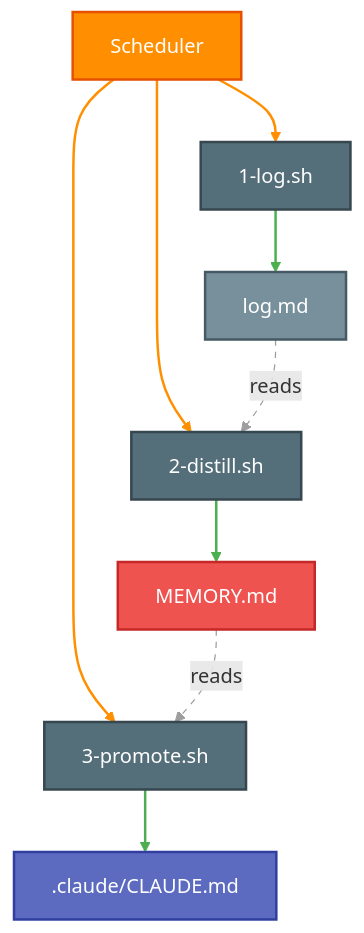
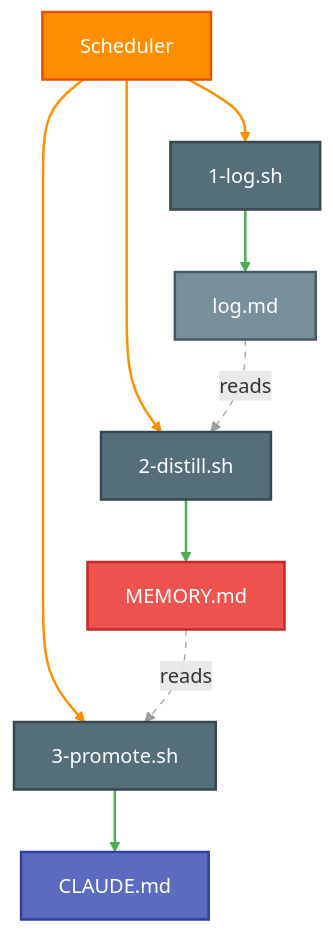
Before and after one commit to jameswniu/claude-os: the third of 3 diagrams in README.md, drawn with Mermaid. The commit also changed other lines of this file, not shown here.

Commit message:
Shrink Phase 2/3 and Automation diagrams: drop edge labels, shorter node names

````diff
--- a/README.md
+++ b/README.md
@@ -55,27 +55,27 @@
 ```mermaid
 flowchart TD
     C["Scheduler"]
 
     C --> L1["1-log.sh"]
     C --> L2["2-distill.sh"]
     C --> L3["3-promote.sh"]
 
     L1 --> LOG["log.md"]
     L2 --> MEM["MEMORY.md"]
-    L3 --> RUL[".claude/CLAUDE.md"]
+    L3 --> RUL["CLAUDE.md"]
 
     LOG -. reads .-> L2
     MEM -. reads .-> L3
 
     style C fill:#FF8F00,color:#fff,stroke:#E65100,stroke-width:2px
     style L1 fill:#546E7A,color:#fff,stroke:#37474F,stroke-width:2px
     style L2 fill:#546E7A,color:#fff,stroke:#37474F,stroke-width:2px
     style L3 fill:#546E7A,color:#fff,stroke:#37474F,stroke-width:2px
     style LOG fill:#78909C,color:#fff,stroke:#455A64,stroke-width:2px
     style MEM fill:#EF5350,color:#fff,stroke:#C62828,stroke-width:2px
     style RUL fill:#5C6BC0,color:#fff,stroke:#303F9F,stroke-width:2px
 
     linkStyle 0,1,2 stroke:#FF8F00,stroke-width:2px
     linkStyle 3,4,5 stroke:#4CAF50,stroke-width:2px
     linkStyle 6,7 stroke:#9E9E9E,stroke-width:1px,stroke-dasharray:5
 ```
````
